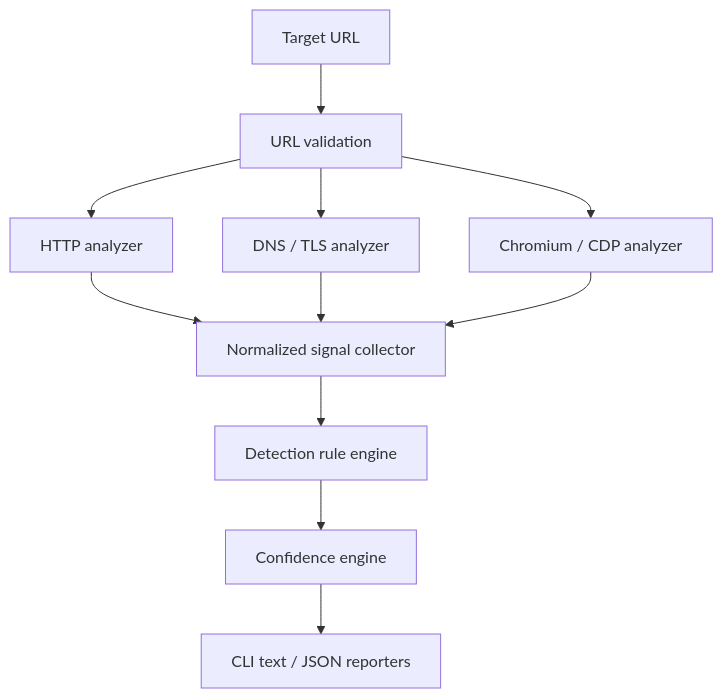
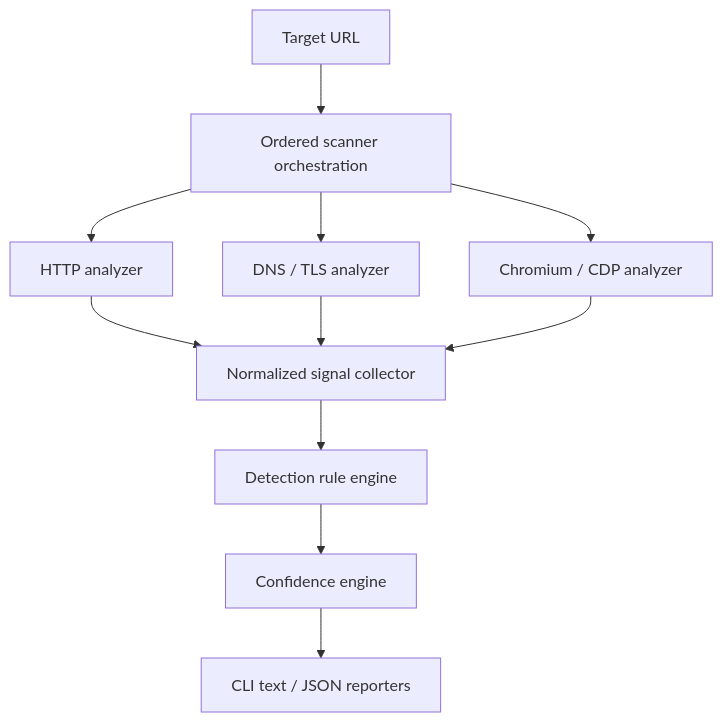
One commit to gkehren/hemera changed the diagram in docs/architecture.md. Above: the diagram before and after it, drawn with Mermaid. The commit also changed other lines of this file and 18 other files, not shown here.

First line of the commit message:
refactor(scanner): decouple analyzer orchestration

````diff
--- a/docs/architecture.md
+++ b/docs/architecture.md
@@ -10,13 +10,13 @@
 ```mermaid
 flowchart TD
-    URL[Target URL] --> Validate[URL validation]
-    Validate --> HTTP[HTTP analyzer]
-    Validate --> DNS[DNS / TLS analyzer]
-    Validate --> Browser[Chromium / CDP analyzer]
+    URL[Target URL] --> Scanner[Ordered scanner orchestration]
+    Scanner --> HTTP[HTTP analyzer]
+    Scanner --> DNS[DNS / TLS analyzer]
+    Scanner --> Browser[Chromium / CDP analyzer]
     HTTP --> Signals[Normalized signal collector]
     DNS --> Signals
     Browser --> Signals
     Signals --> Rules[Detection rule engine]
     Rules --> Score[Confidence engine]
     Score --> Report[CLI text / JSON reporters]
 ```
````
